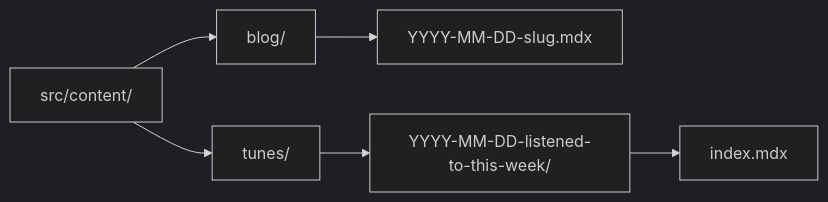
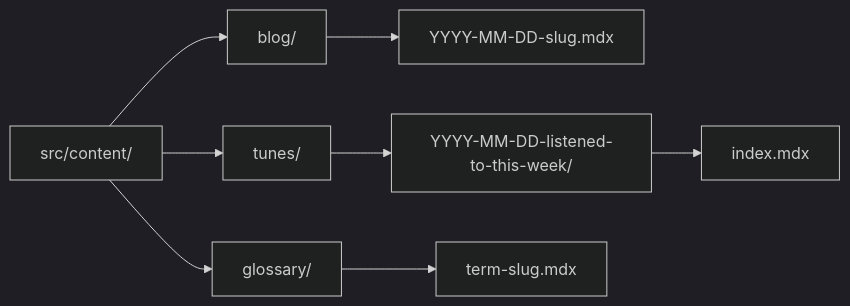
Before and after one commit to russmckendrick/blog: the fourth of 12 diagrams in docs/architecture/overview.md, drawn with Mermaid (dark theme). The commit also changed other lines of this file and 250 other files, not shown here.

First line of the commit message:
feat: add glossary page with structured entries and SEO schema

````diff
--- a/docs/architecture/overview.md
+++ b/docs/architecture/overview.md
@@ -131,8 +131,10 @@
 ```mermaid
 graph LR
     A[src/content/] --> B[blog/]
     A --> C[tunes/]
+    A --> G[glossary/]
     B --> D[YYYY-MM-DD-slug.mdx]
     C --> E[YYYY-MM-DD-listened-to-this-week/]
     E --> F[index.mdx]
+    G --> H[term-slug.mdx]
 ```
````
